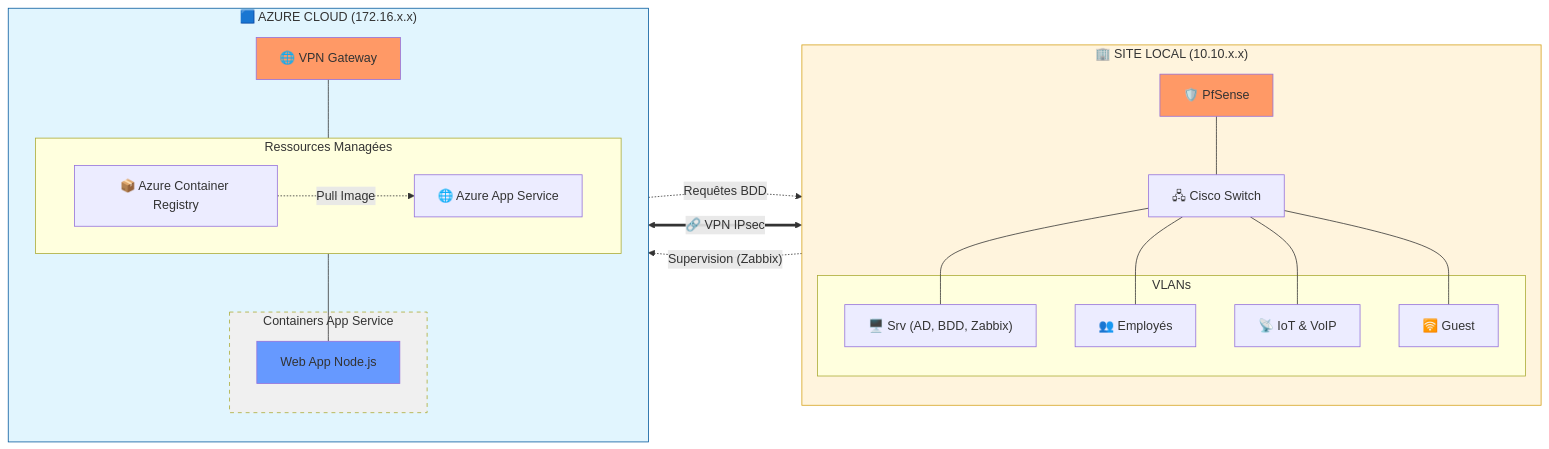
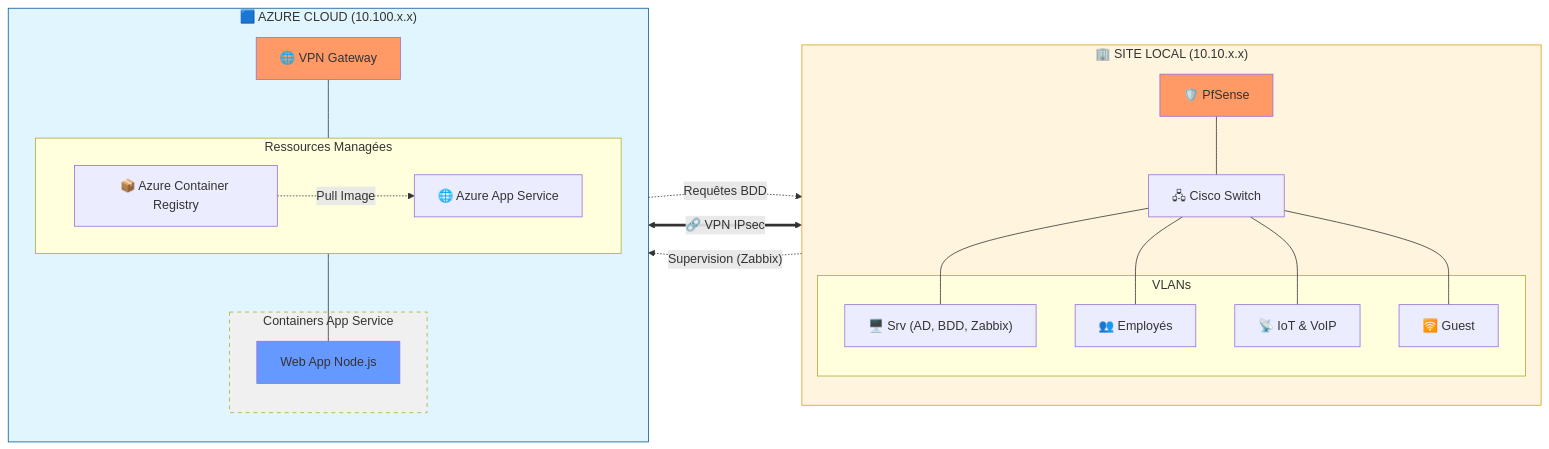
One commit to supermedmed-hash/B3_MFA_ILYES_OCEANE changed the diagram in docs/schemas/infrastructure_globale.md. Above: the diagram before and after it, drawn with Mermaid. The commit also changed 19 other files, not shown here.

````diff
--- a/docs/schemas/infrastructure_globale.md
+++ b/docs/schemas/infrastructure_globale.md
@@ -7,57 +7,57 @@
 ```mermaid
 graph LR
     %% SITE LOCAL
     subgraph LOCAL ["🏢 SITE LOCAL (10.10.x.x)"]
         direction TB
         PFS["🛡️ PfSense"]
         SW["🖧 Cisco Switch"]
         
         subgraph VLANS ["VLANs"]
             V10["🖥️ Srv (AD, BDD, Zabbix)"]
             V20["👥 Employés"]
             V40["📡 IoT & VoIP"]
             V99["🛜 Guest"]
         end
         
         PFS --- SW
         SW --- V10
         SW --- V20
         SW --- V40
         SW --- V99
     end
 
     %% TUNNEL
     PFS <== "🔗 VPN IPsec" ==> VGW
 
     %% AZURE CLOUD
-    subgraph AZURE ["🟦 AZURE CLOUD (172.16.x.x)"]
+    subgraph AZURE ["🟦 AZURE CLOUD (10.100.x.x)"]
         direction TB
         VGW["🌐 VPN Gateway"]
         
         subgraph COMPUTE ["Ressources Managées"]
             direction LR
             ACR["📦 Azure Container Registry"]
             APPSVC["🌐 Azure App Service"]
         end
         
         subgraph CONTAINERS ["Containers App Service"]
             WEB["Web App Node.js"]
         end
         
         VGW --- APPSVC
         ACR -. "Pull Image" .-> APPSVC
         APPSVC --- WEB
     end
 
     %% FLUX TRANSVERSES
     V10 -. "Supervision (Zabbix)" .-> APPSVC
     WEB -. "Requêtes BDD" .-> V10
 
     %% STYLING
     style LOCAL fill:#fff4dd,stroke:#d4a017
     style AZURE fill:#e1f5fe,stroke:#01579b
     style PFS fill:#f96
     style VGW fill:#f96
     style WEB fill:#69f
     style CONTAINERS fill:#f0f0f0,stroke-dasharray: 5 5
 ```
````
